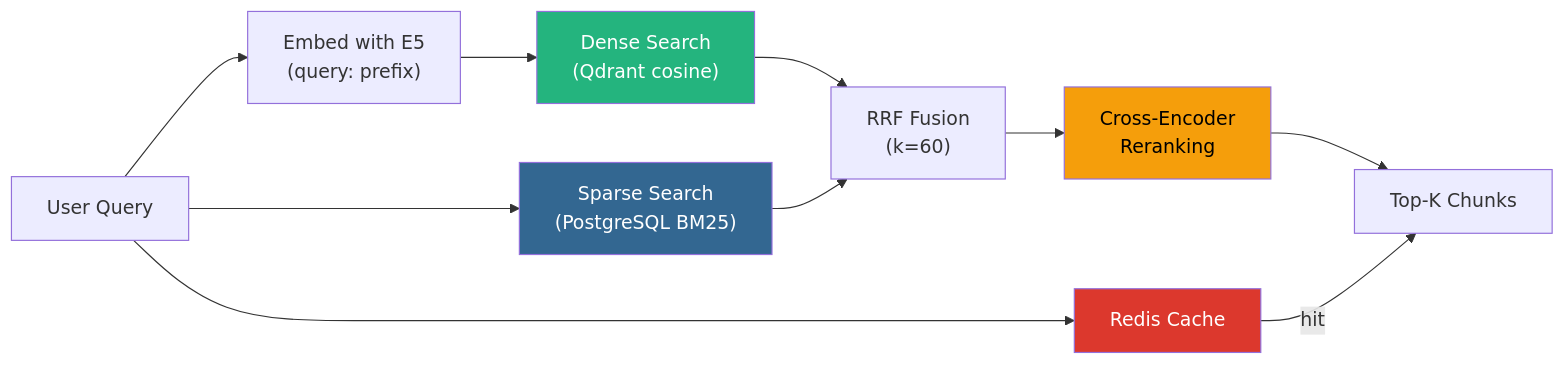
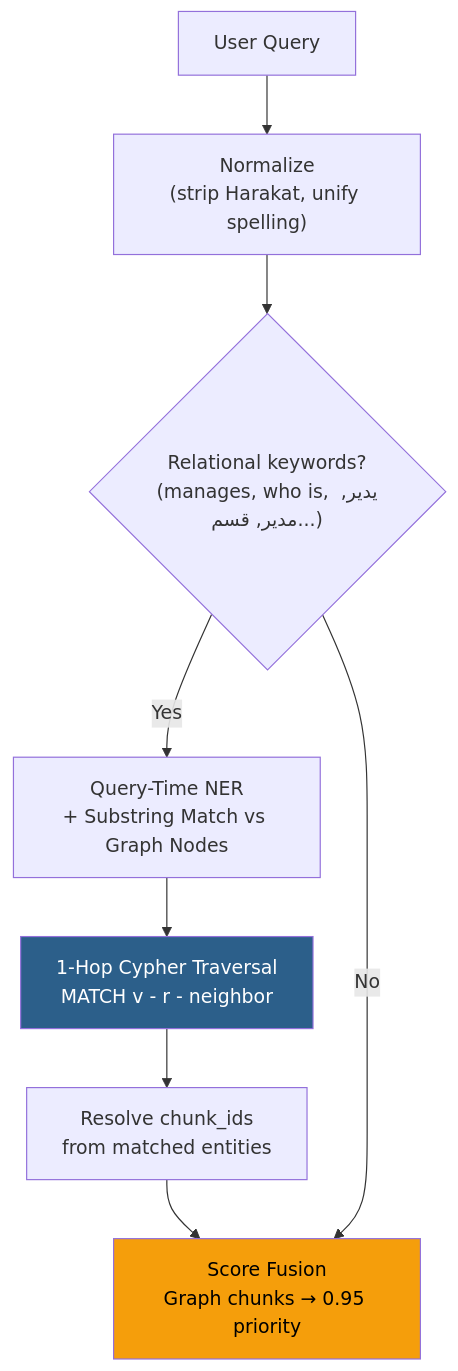
One commit to Kyrollo/Chatbot-Fixed-Solutions-Rag-System changed the tenth of 10 diagrams in README.md. Above: the diagram before and after it, drawn with Mermaid. The commit also changed other lines of this file and 89 other files, not shown here.

````diff
--- a/README.md
+++ b/README.md
@@ -2435,24 +1690,17 @@
 ```mermaid
-flowchart LR
+flowchart TD
     Q["User Query"]
-    E["Embed with E5\n(query: prefix)"]
-    D["Dense Search\n(Qdrant cosine)"]
-    S["Sparse Search\n(PostgreSQL BM25)"]
-    F["RRF Fusion\n(k=60)"]
-    R["Cross-Encoder\nReranking"]
-    C["Redis Cache"]
-    O["Top-K Chunks"]
+    NORM["Normalize\n(strip Harakat, unify spelling)"]
+    KW{"Relational keywords?\n(manages, who is, يدير, مدير, قسم...)"}
+    NER2["Query-Time NER\n+ Substring Match vs Graph Nodes"]
+    CYPHER["1-Hop Cypher Traversal\nMATCH v - r - neighbor"]
+    CHUNKS["Resolve chunk_ids\nfrom matched entities"]
+    FUSE["Score Fusion\nGraph chunks → 0.95 priority"]
 
-    Q --> E --> D
-    Q --> S
-    D --> F
-    S --> F
-    F --> R --> O
-    Q --> C
-    C -->|hit| O
+    Q --> NORM --> KW
+    KW -->|Yes| NER2 --> CYPHER --> CHUNKS --> FUSE
+    KW -->|No| FUSE
 
-    style D fill:#24b47e,color:#fff
-    style S fill:#336791,color:#fff
-    style R fill:#f59e0b,color:#000
-    style C fill:#dc382d,color:#fff
+    style CYPHER fill:#2c5f8a,color:#fff
+    style FUSE fill:#f59e0b,color:#000
 ```
````
